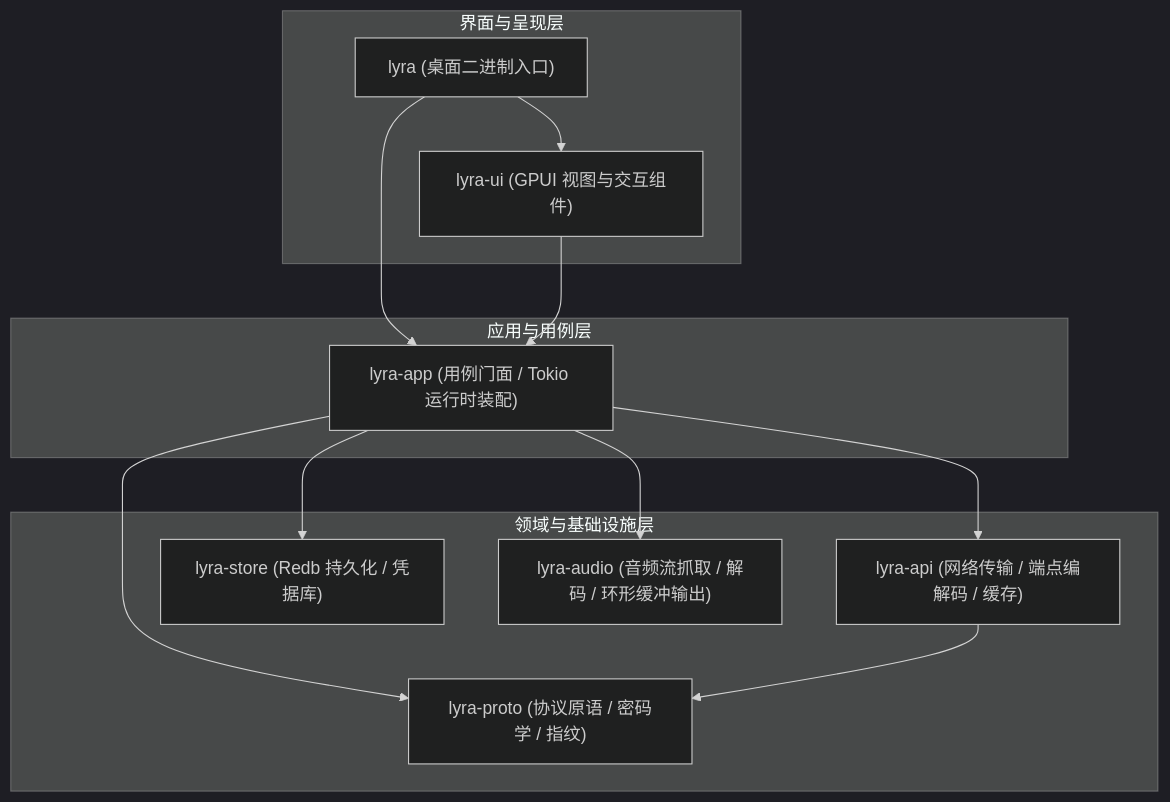
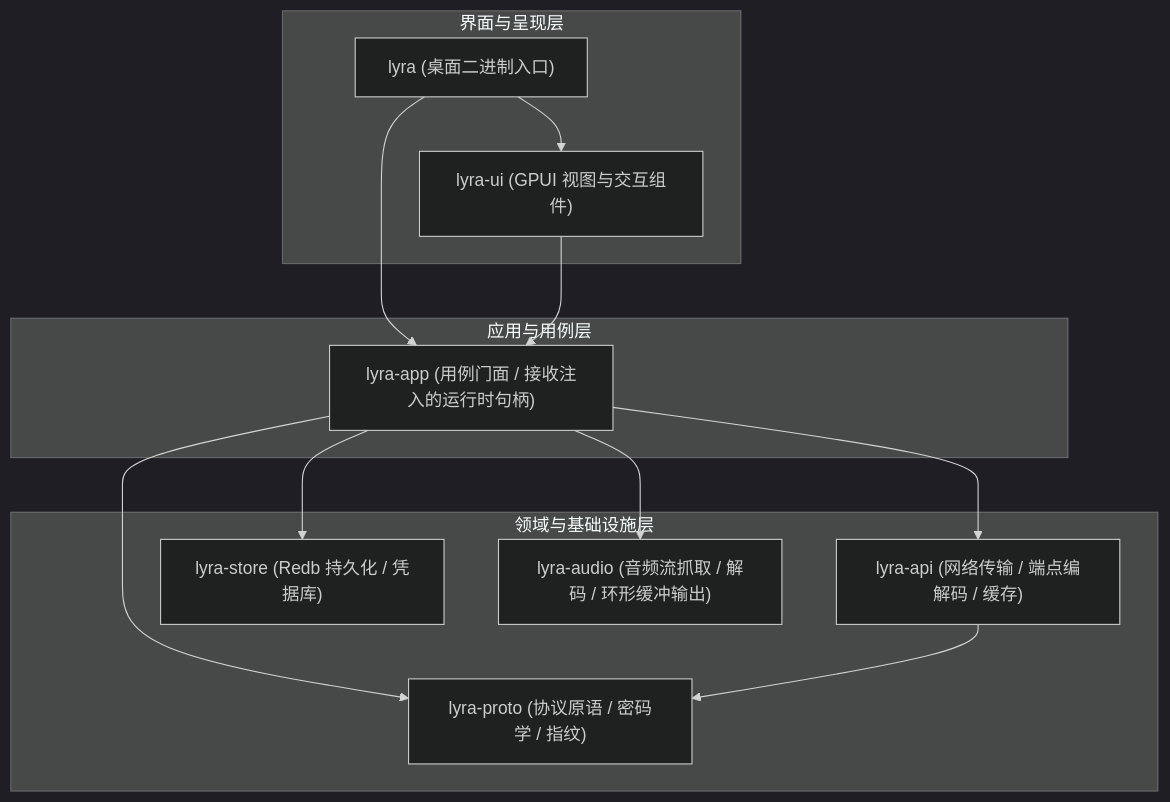
The diagram in README.md (flyemFSB/lyra), drawn with Mermaid (dark theme) before and after one commit. The commit also changed other lines of this file and 71 other files, not shown here.

````diff
--- a/README.md
+++ b/README.md
@@ -48,27 +48,27 @@
 ```mermaid
 flowchart TD
     subgraph UI ["界面与呈现层"]
         Desktop["lyra (桌面二进制入口)"]
         UI_Crate["lyra-ui (GPUI 视图与交互组件)"]
     end
 
     subgraph Service ["应用与用例层"]
-        App["lyra-app (用例门面 / Tokio 运行时装配)"]
+        App["lyra-app (用例门面 / 接收注入的运行时句柄)"]
     end
 
     subgraph Infrastructure ["领域与基础设施层"]
         Proto["lyra-proto (协议原语 / 密码学 / 指纹)"]
         Api["lyra-api (网络传输 / 端点编解码 / 缓存)"]
         Store["lyra-store (Redb 持久化 / 凭据库)"]
         Audio["lyra-audio (音频流抓取 / 解码 / 环形缓冲输出)"]
     end
 
     Desktop --> UI_Crate
     Desktop --> App
     UI_Crate --> App
     App --> Proto
     App --> Api
     App --> Store
     App --> Audio
     Api --> Proto
 ```
````
